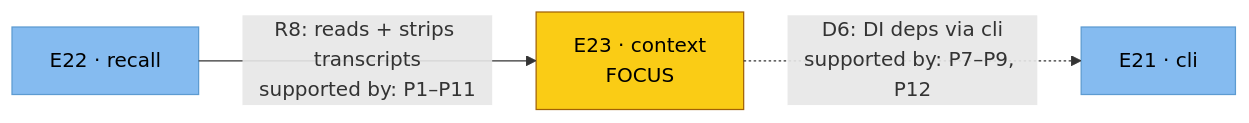
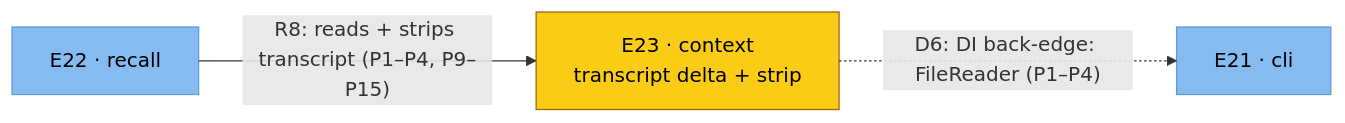
The diagram in architecture/c4/svg/c4-context.mmd (toejough/engram), drawn with Mermaid before and after one commit. The commit also changed 78 other files, not shown here.

```diff
--- a/architecture/c4/svg/c4-context.mmd
+++ b/architecture/c4/svg/c4-context.mmd
@@ -1,14 +1,17 @@
 %%{init: {'flowchart': {'defaultRenderer': 'elk'}}}%%
 flowchart LR
-    classDef component fill:#85bbf0,stroke:#5d9bd1,color:#000
-    classDef focus     fill:#facc15,stroke:#a16207,color:#000
+    classDef person      fill:#08427b,stroke:#052e56,color:#fff
+    classDef external    fill:#999,   stroke:#666,   color:#fff
+    classDef container   fill:#1168bd,stroke:#0b4884,color:#fff
+    classDef component   fill:#85bbf0,stroke:#5d9bd1,color:#000
+    classDef focus       fill:#facc15,stroke:#a16207,color:#000
 
-    e21[E21 · cli]
-    e22[E22 · recall]
-    e23[E23 · context<br/>FOCUS]
+    e22["E22 · recall"]
+    e21["E21 · cli"]
+    e23["E23 · context<br/>transcript delta + strip"]
 
-    e22 -->|"R8: reads + strips transcripts<br/>supported by: P1–P11"| e23
-    e23 -.->|"D6: DI deps via cli<br/>supported by: P7–P9, P12"| e21
+    e22 -->|"R8: reads + strips transcript (P1–P4, P9–P15)"| e23
+    e23 -.->|"D6: DI back-edge: FileReader (P1–P4)"| e21
 
-    class e21,e22 component
+    class e22,e21 component
     class e23 focus
```
